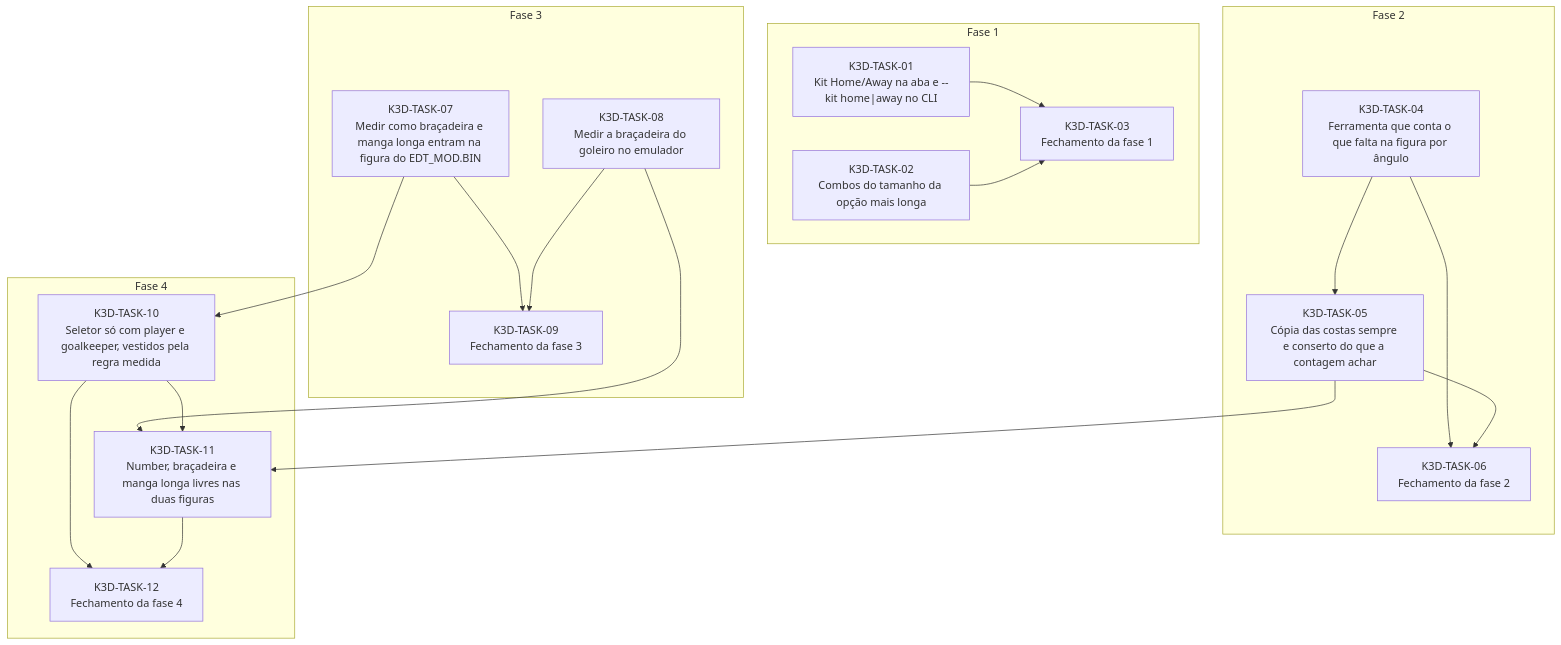
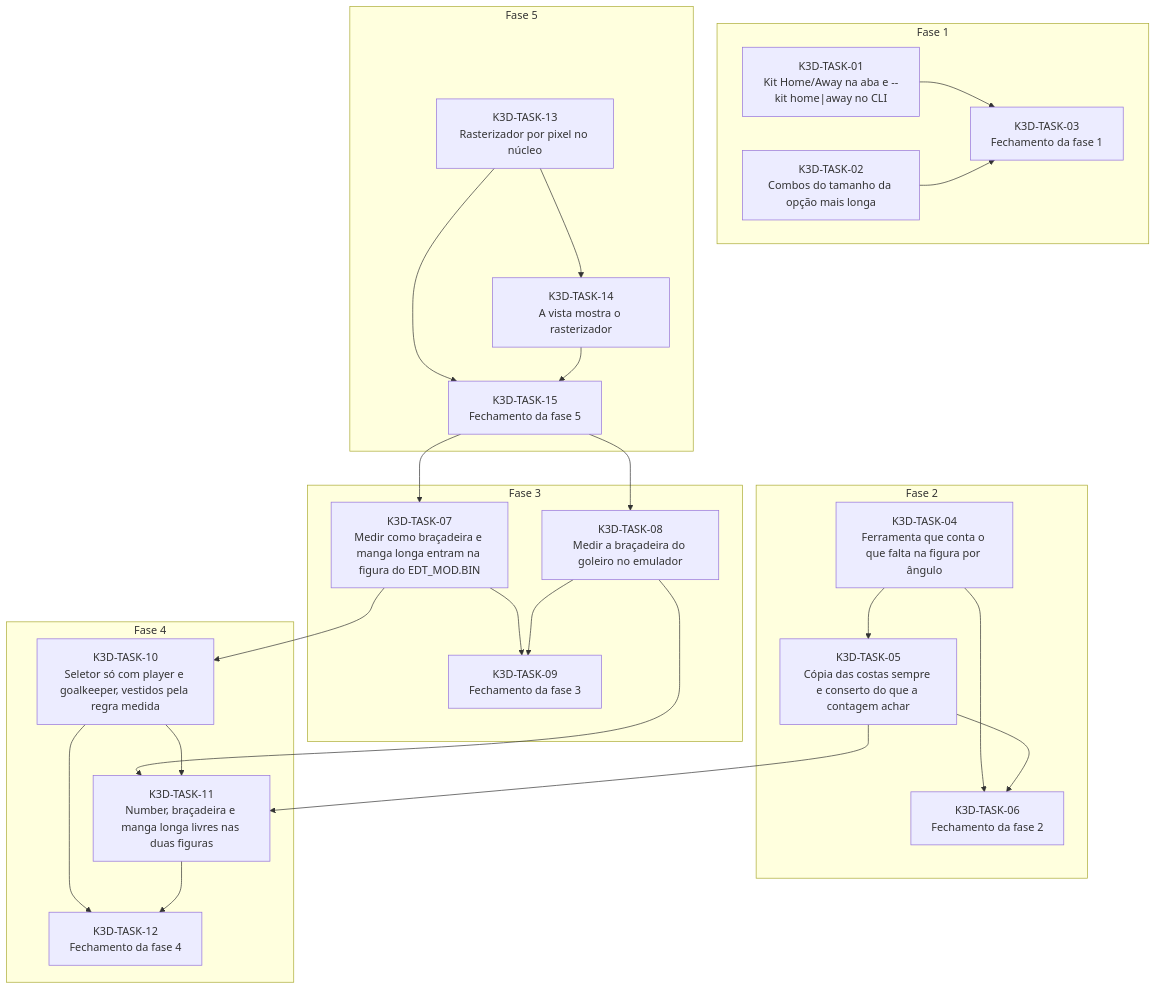
The diagram in docs/tasks/kits-3d/progresso.md (aguilasa/new-we2002-editor), drawn with Mermaid before and after one commit. The commit also changed other lines of this file and 6 other files, not shown here.

First line of the commit message:
docs(rite): plan G6, per-pixel drawing of the 3D figure, before G3

````diff
--- a/docs/tasks/kits-3d/progresso.md
+++ b/docs/tasks/kits-3d/progresso.md
@@ -11,36 +11,46 @@
 ```mermaid
 graph TD
   subgraph phase_1["Fase 1"]
     K3D_TASK_01["K3D-TASK-01<br/>Kit Home/Away na aba e --kit home|away no CLI"]
     K3D_TASK_02["K3D-TASK-02<br/>Combos do tamanho da opção mais longa"]
     K3D_TASK_03["K3D-TASK-03<br/>Fechamento da fase 1"]
   end
   subgraph phase_2["Fase 2"]
     K3D_TASK_04["K3D-TASK-04<br/>Ferramenta que conta o que falta na figura por ângulo"]
     K3D_TASK_05["K3D-TASK-05<br/>Cópia das costas sempre e conserto do que a contagem achar"]
     K3D_TASK_06["K3D-TASK-06<br/>Fechamento da fase 2"]
   end
   subgraph phase_3["Fase 3"]
     K3D_TASK_07["K3D-TASK-07<br/>Medir como braçadeira e manga longa entram na figura do EDT_MOD.BIN"]
     K3D_TASK_08["K3D-TASK-08<br/>Medir a braçadeira do goleiro no emulador"]
     K3D_TASK_09["K3D-TASK-09<br/>Fechamento da fase 3"]
   end
   subgraph phase_4["Fase 4"]
     K3D_TASK_10["K3D-TASK-10<br/>Seletor só com player e goalkeeper, vestidos pela regra medida"]
     K3D_TASK_11["K3D-TASK-11<br/>Number, braçadeira e manga longa livres nas duas figuras"]
     K3D_TASK_12["K3D-TASK-12<br/>Fechamento da fase 4"]
   end
+  subgraph phase_5["Fase 5"]
+    K3D_TASK_13["K3D-TASK-13<br/>Rasterizador por pixel no núcleo"]
+    K3D_TASK_14["K3D-TASK-14<br/>A vista mostra o rasterizador"]
+    K3D_TASK_15["K3D-TASK-15<br/>Fechamento da fase 5"]
+  end
   K3D_TASK_01 --> K3D_TASK_03
   K3D_TASK_02 --> K3D_TASK_03
   K3D_TASK_04 --> K3D_TASK_05
   K3D_TASK_04 --> K3D_TASK_06
   K3D_TASK_05 --> K3D_TASK_06
+  K3D_TASK_13 --> K3D_TASK_14
+  K3D_TASK_13 --> K3D_TASK_15
+  K3D_TASK_14 --> K3D_TASK_15
+  K3D_TASK_15 --> K3D_TASK_07
+  K3D_TASK_15 --> K3D_TASK_08
   K3D_TASK_07 --> K3D_TASK_09
   K3D_TASK_08 --> K3D_TASK_09
   K3D_TASK_07 --> K3D_TASK_10
   K3D_TASK_05 --> K3D_TASK_11
   K3D_TASK_08 --> K3D_TASK_11
   K3D_TASK_10 --> K3D_TASK_11
   K3D_TASK_10 --> K3D_TASK_12
   K3D_TASK_11 --> K3D_TASK_12
 ```
````
